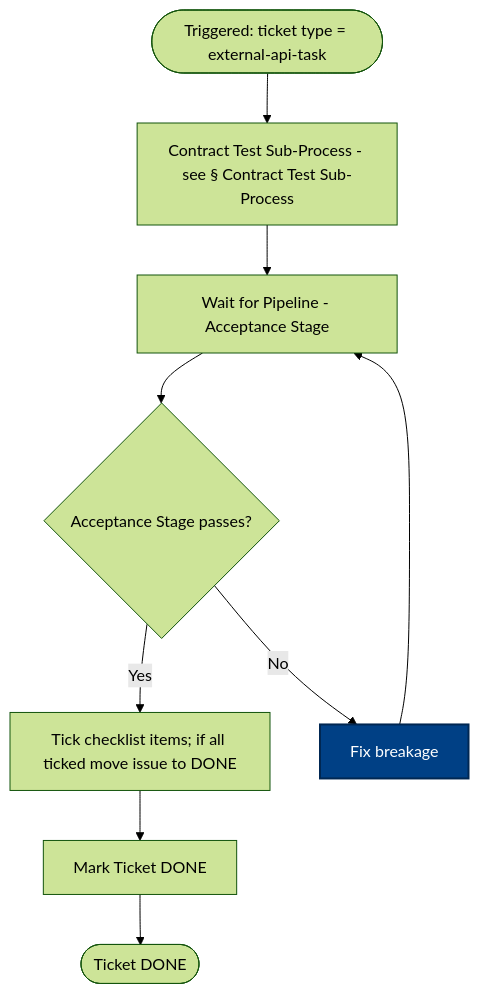
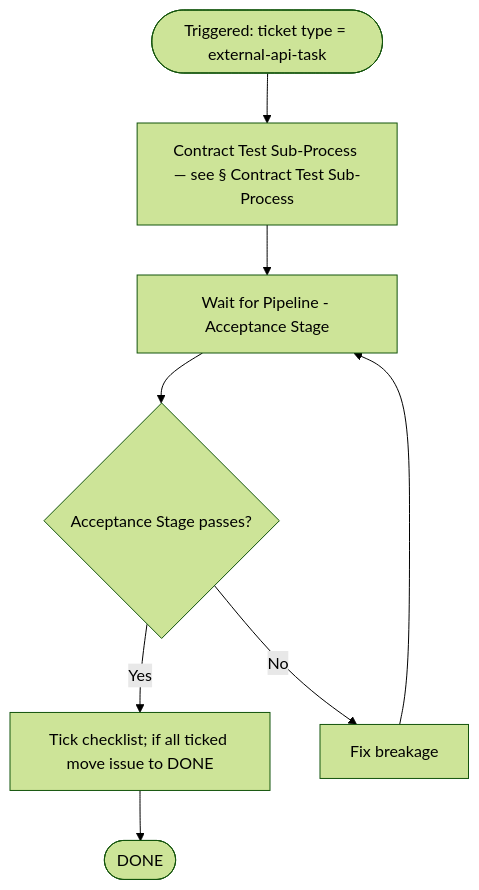
Before and after one commit to optivem/starter: the eighth of 10 diagrams in docs/atdd/process/process-diagram.md, drawn with Mermaid (forest theme). The commit also changed other lines of this file and 1 other file, not shown here.

First line of the commit message:
Regenerate process diagrams after AT/CT phase doc split

````diff
--- a/docs/atdd/process/process-diagram.md
+++ b/docs/atdd/process/process-diagram.md
@@ -185,23 +259,18 @@
 ```mermaid
 flowchart TD
-    TRIGGER([Triggered: ticket type = external-api-task])
-    CT_SUBPROCESS[Contract Test Sub-Process - see § Contract Test Sub-Process]
-    WAIT_PIPELINE[Wait for Pipeline - Acceptance Stage]
-    PIPELINE_PASS{Acceptance Stage passes?}
+    START([Triggered: ticket type = external-api-task])
+    CT[Contract Test Sub-Process — see § Contract Test Sub-Process]
+    WAIT[Wait for Pipeline - Acceptance Stage]
+    PASS{Acceptance Stage passes?}
     FIX[Fix breakage]
-    TICK_CHECKLIST[Tick checklist items; if all ticked move issue to DONE]
-    MARK_DONE[Mark Ticket DONE]
-    DONE([Ticket DONE])
+    TICK[Tick checklist; if all ticked move issue to DONE]
+    DONE([DONE])
 
-    TRIGGER --> CT_SUBPROCESS
-    CT_SUBPROCESS --> WAIT_PIPELINE
-    WAIT_PIPELINE --> PIPELINE_PASS
-    PIPELINE_PASS -->|Yes| TICK_CHECKLIST
-    TICK_CHECKLIST --> MARK_DONE
-    PIPELINE_PASS -->|No| FIX
-    MARK_DONE --> DONE
-    FIX --> WAIT_PIPELINE
-
-    classDef effortNode fill:#004085,stroke:#002752,stroke-width:2px,color:#fff
-    class FIX effortNode
+    START --> CT
+    CT --> WAIT
+    WAIT --> PASS
+    PASS -->|Yes| TICK
+    TICK --> DONE
+    PASS -->|No| FIX
+    FIX --> WAIT
 ```
````
